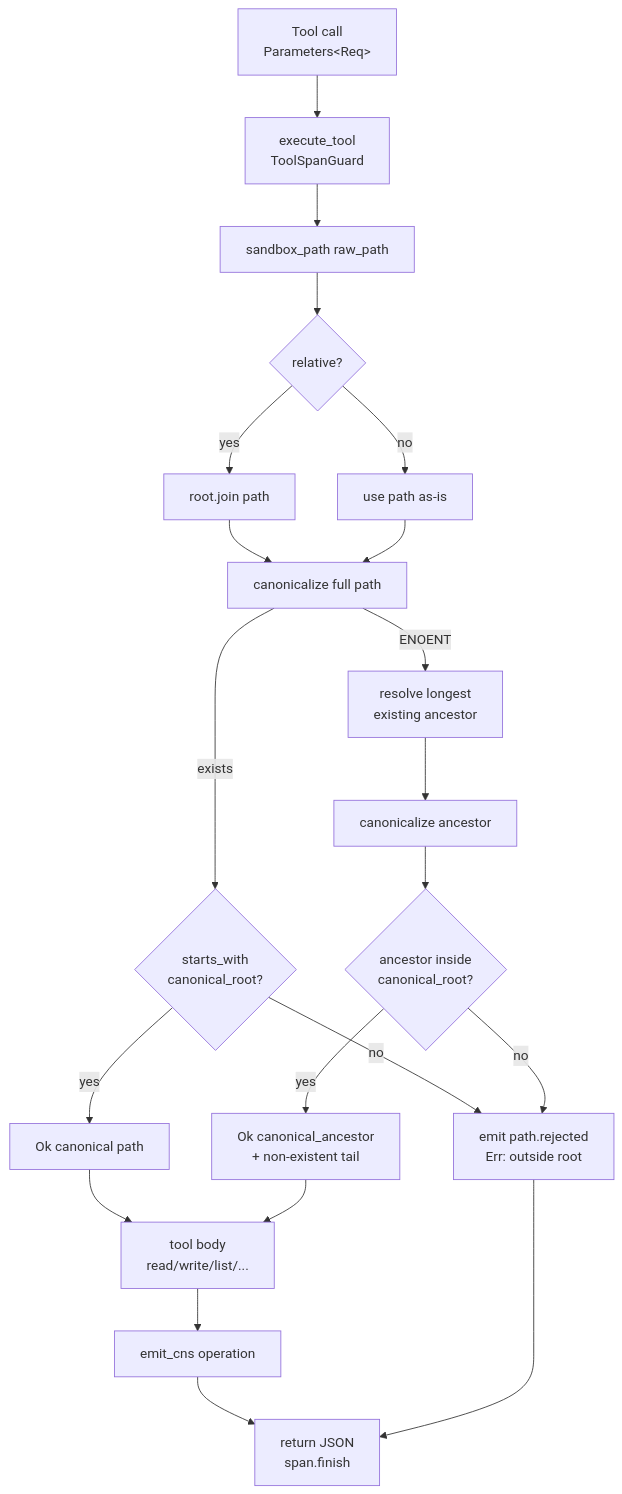
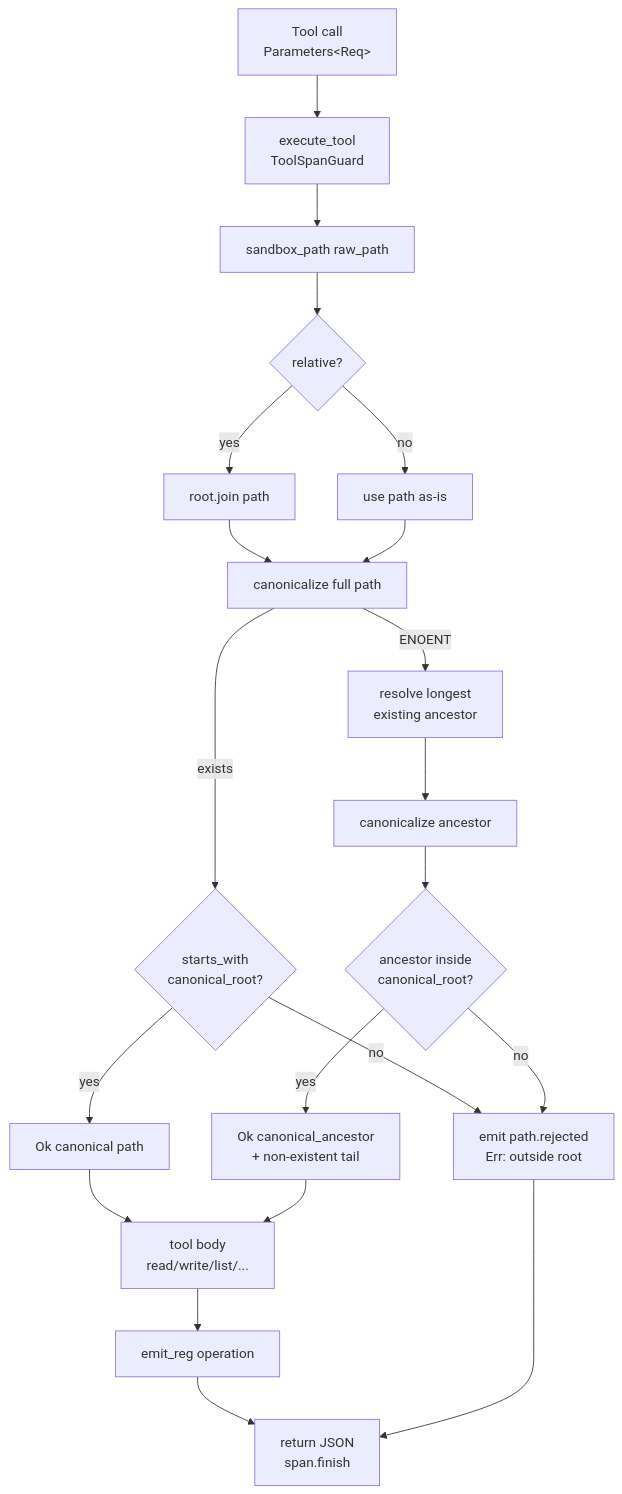
Before and after one commit to mdz-axo/hKask: the diagram in docs/reference/mcp-servers/filesystem.md, drawn with Mermaid. The commit also changed other lines of this file and 18 other files, not shown here.

````diff
--- a/docs/reference/mcp-servers/filesystem.md
+++ b/docs/reference/mcp-servers/filesystem.md
@@ -40,23 +40,23 @@
 ```mermaid
 graph TD
     A["Tool call<br/>Parameters&lt;Req&gt;"] --> B["execute_tool<br/>ToolSpanGuard"]
     B --> C["sandbox_path raw_path"]
     C --> D{"relative?"}
     D -->|"yes"| E["root.join path"]
     D -->|"no"| F["use path as-is"]
     E --> G["canonicalize full path"]
     F --> G
     G -->|"exists"| H{"starts_with<br/>canonical_root?"}
     G -->|"ENOENT"| I["resolve longest<br/>existing ancestor"]
     I --> J["canonicalize ancestor"]
     J --> K{"ancestor inside<br/>canonical_root?"}
     H -->|"no"| L["emit path.rejected<br/>Err: outside root"]
     H -->|"yes"| M["Ok canonical path"]
     K -->|"no"| L
     K -->|"yes"| N["Ok canonical_ancestor<br/>+ non-existent tail"]
     M --> O["tool body<br/>read/write/list/..."]
     N --> O
-    O --> P["emit_cns operation"]
+    O --> P["emit_reg operation"]
     P --> Q["return JSON<br/>span.finish"]
     L --> Q
 ```
````
